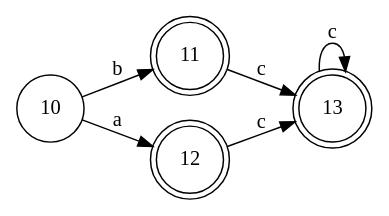
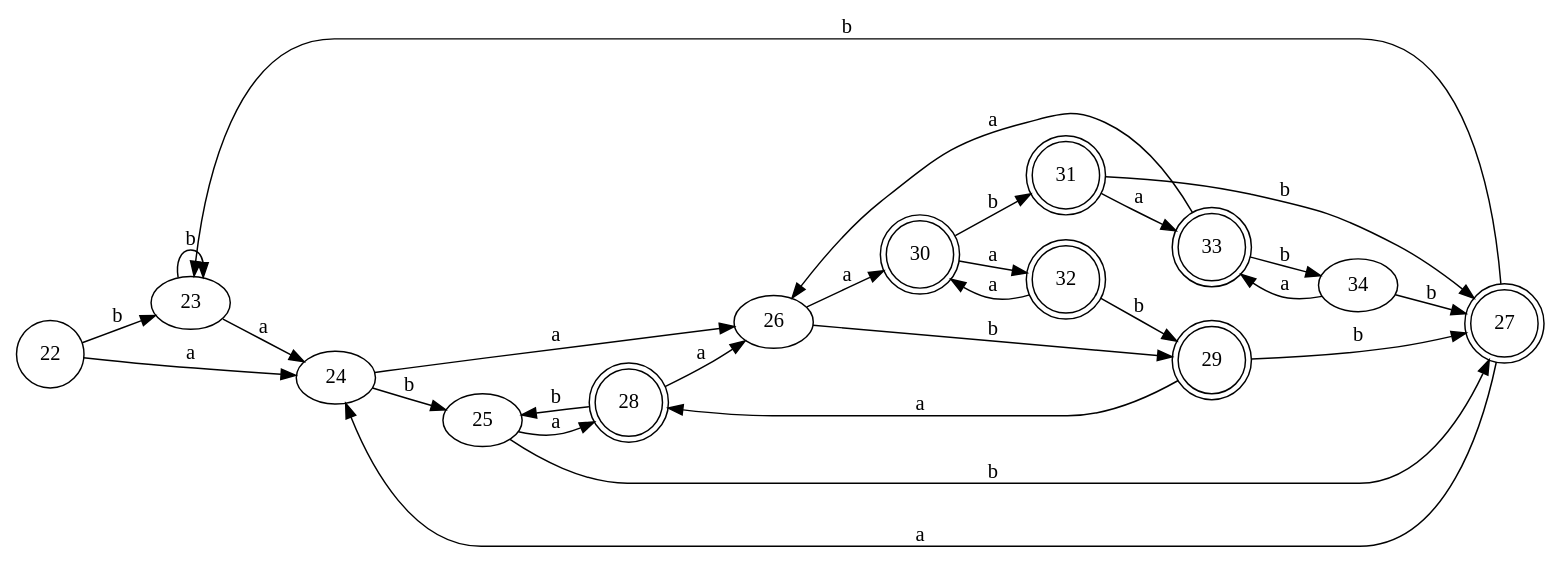
Before and after one commit to bryannalfaro/Dise-odeLenguajes: the diagram in test-output/automata1.gv, drawn with Graphviz. The commit also changed 7 other files, not shown here.

```diff
--- a/test-output/automata1.gv
+++ b/test-output/automata1.gv
@@ -1,12 +1,37 @@
 digraph automata1 {
 	rankdir=LR
-	10 [label=10 shape=circle]
-	11 [label=11 shape=doublecircle]
-	12 [label=12 shape=doublecircle]
-	13 [label=13 shape=doublecircle]
-	10 -> 11 [label=b]
-	10 -> 12 [label=a]
-	11 -> 13 [label=c]
-	12 -> 13 [label=c]
-	13 -> 13 [label=c]
+	22 [label=22 shape=circle]
+	27 [label=27 shape=doublecircle]
+	28 [label=28 shape=doublecircle]
+	29 [label=29 shape=doublecircle]
+	30 [label=30 shape=doublecircle]
+	31 [label=31 shape=doublecircle]
+	32 [label=32 shape=doublecircle]
+	33 [label=33 shape=doublecircle]
+	22 -> 23 [label=b]
+	22 -> 24 [label=a]
+	23 -> 23 [label=b]
+	23 -> 24 [label=a]
+	24 -> 25 [label=b]
+	24 -> 26 [label=a]
+	25 -> 27 [label=b]
+	25 -> 28 [label=a]
+	26 -> 29 [label=b]
+	26 -> 30 [label=a]
+	27 -> 23 [label=b]
+	27 -> 24 [label=a]
+	28 -> 25 [label=b]
+	28 -> 26 [label=a]
+	29 -> 27 [label=b]
+	29 -> 28 [label=a]
+	30 -> 31 [label=b]
+	30 -> 32 [label=a]
+	31 -> 27 [label=b]
+	31 -> 33 [label=a]
+	32 -> 29 [label=b]
+	32 -> 30 [label=a]
+	33 -> 34 [label=b]
+	33 -> 26 [label=a]
+	34 -> 27 [label=b]
+	34 -> 33 [label=a]
 }
```
